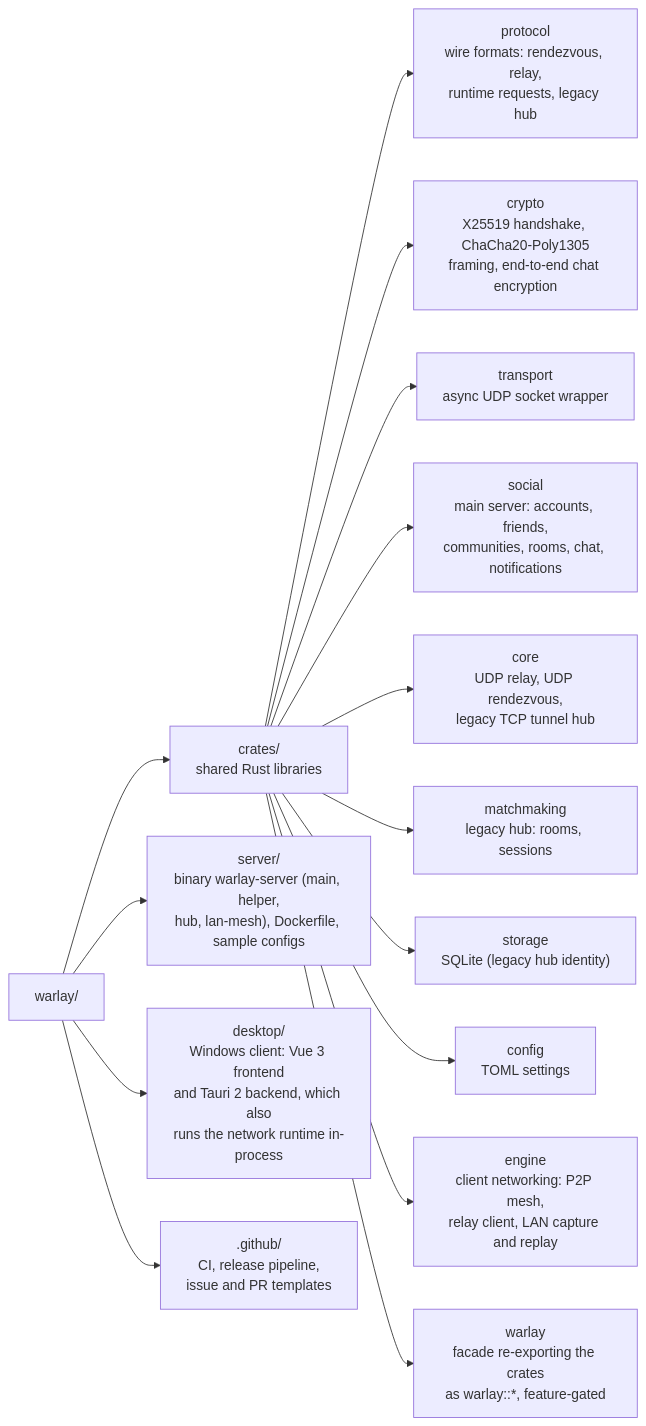
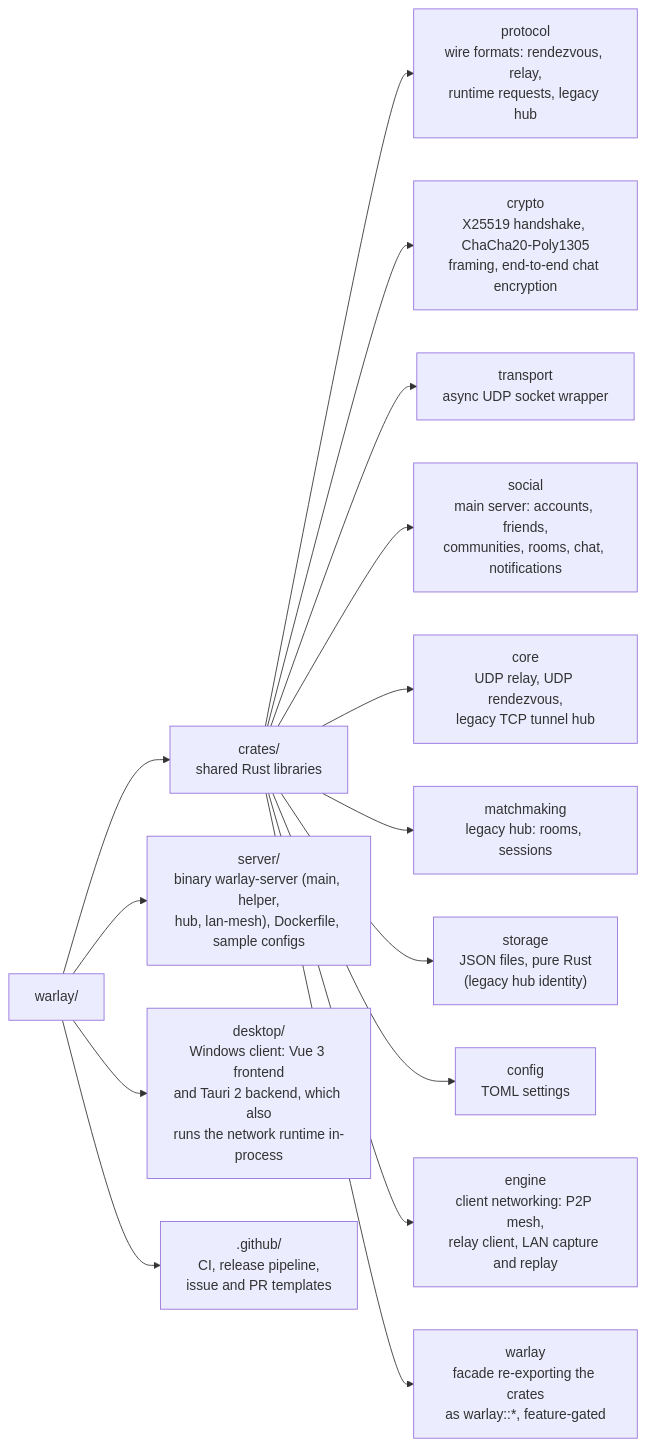
One commit to jhonsferg/warlay changed the second of 4 diagrams in README.md. Above: the diagram before and after it, drawn with Mermaid. The commit also changed other lines of this file, not shown here.

Commit message:
docs: actualiza el README sin SQLite

````diff
--- a/README.md
+++ b/README.md
@@ -230,20 +229,20 @@
 ```mermaid
 flowchart LR
     root["warlay/"]
 
     root --> crates["crates/<br/>shared Rust libraries"]
     crates --> protocol["protocol<br/>wire formats: rendezvous, relay,<br/>runtime requests, legacy hub"]
     crates --> crypto["crypto<br/>X25519 handshake, ChaCha20-Poly1305<br/>framing, end-to-end chat encryption"]
     crates --> transport["transport<br/>async UDP socket wrapper"]
     crates --> social["social<br/>main server: accounts, friends,<br/>communities, rooms, chat, notifications"]
     crates --> core["core<br/>UDP relay, UDP rendezvous,<br/>legacy TCP tunnel hub"]
     crates --> matchmaking["matchmaking<br/>legacy hub: rooms, sessions"]
-    crates --> storage["storage<br/>SQLite (legacy hub identity)"]
+    crates --> storage["storage<br/>JSON files, pure Rust<br/>(legacy hub identity)"]
     crates --> config["config<br/>TOML settings"]
     crates --> engine["engine<br/>client networking: P2P mesh,<br/>relay client, LAN capture and replay"]
     crates --> facade["warlay<br/>facade re-exporting the crates<br/>as warlay::*, feature-gated"]
 
     root --> server["server/<br/>binary warlay-server (main, helper,<br/>hub, lan-mesh), Dockerfile, sample configs"]
     root --> desktop["desktop/<br/>Windows client: Vue 3 frontend<br/>and Tauri 2 backend, which also<br/>runs the network runtime in-process"]
     root --> github[".github/<br/>CI, release pipeline,<br/>issue and PR templates"]
 ```
````
